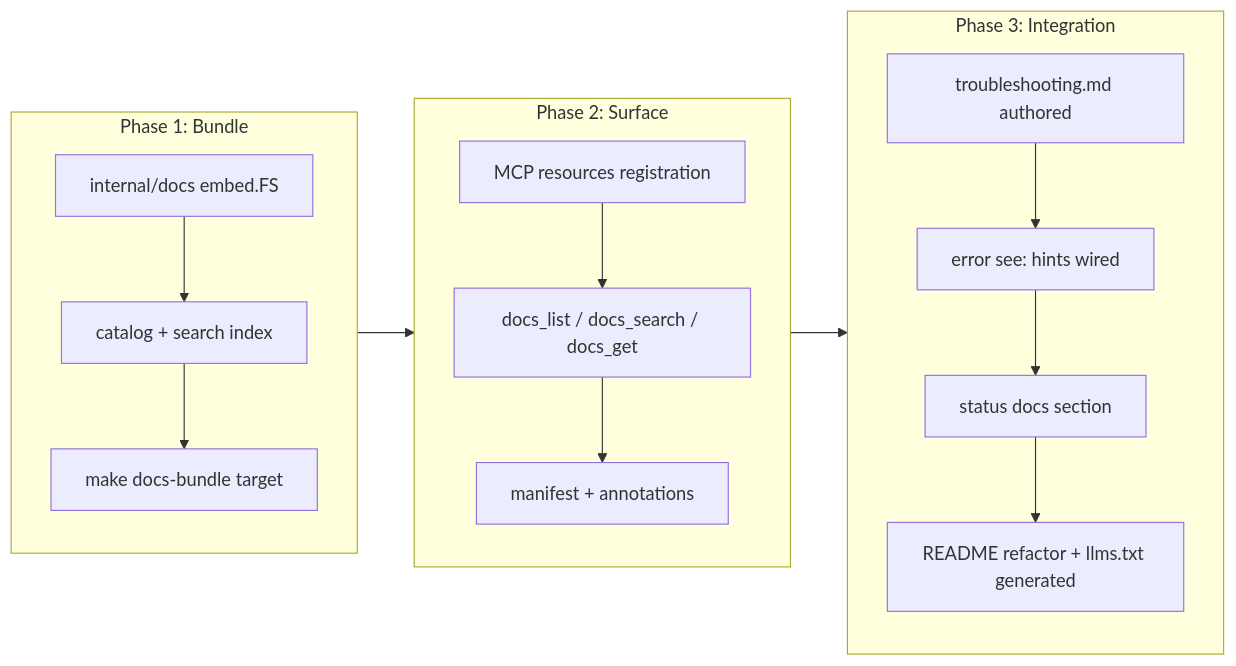
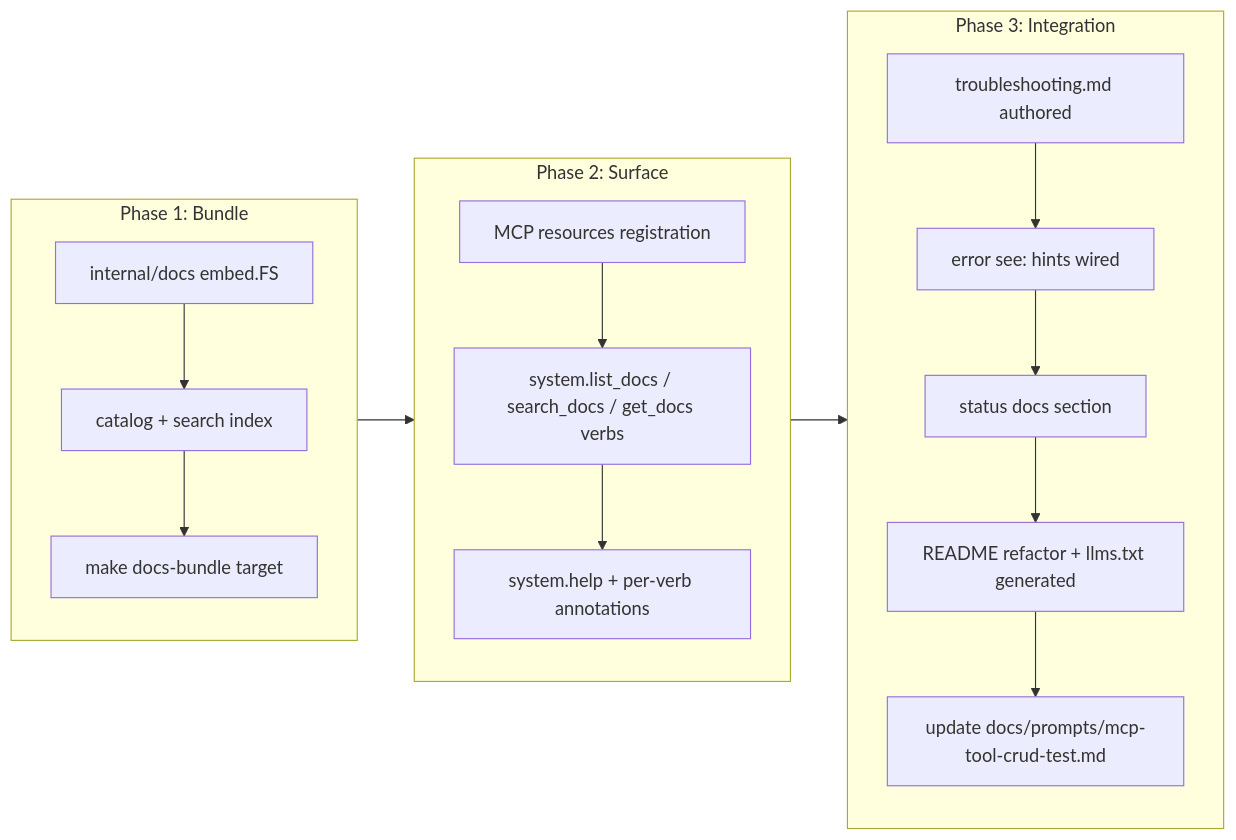
The third of 3 diagrams in docs/cr/CR-0061-in-server-documentation-access-for-llm-self-troubleshooting.md (desek/outlook-local-mcp), drawn with Mermaid before and after one commit. The commit also changed other lines of this file and 110 other files, not shown here.

````diff
--- a/docs/cr/CR-0061-in-server-documentation-access-for-llm-self-troubleshooting.md
+++ b/docs/cr/CR-0061-in-server-documentation-access-for-llm-self-troubleshooting.md
@@ -190,17 +194,18 @@
 ```mermaid
 flowchart LR
     subgraph P1[Phase 1: Bundle]
         A1[internal/docs embed.FS] --> A2[catalog + search index]
         A2 --> A3[make docs-bundle target]
     end
     subgraph P2[Phase 2: Surface]
-        B1[MCP resources registration] --> B2[docs_list / docs_search / docs_get]
-        B2 --> B3[manifest + annotations]
+        B1[MCP resources registration] --> B2[system.list_docs / search_docs / get_docs verbs]
+        B2 --> B3[system.help + per-verb annotations]
     end
     subgraph P3[Phase 3: Integration]
         C1[troubleshooting.md authored] --> C2[error see: hints wired]
         C2 --> C3[status docs section]
         C3 --> C4[README refactor + llms.txt generated]
+        C4 --> C5[update docs/prompts/mcp-tool-crud-test.md]
     end
     P1 --> P2 --> P3
 ```
````
